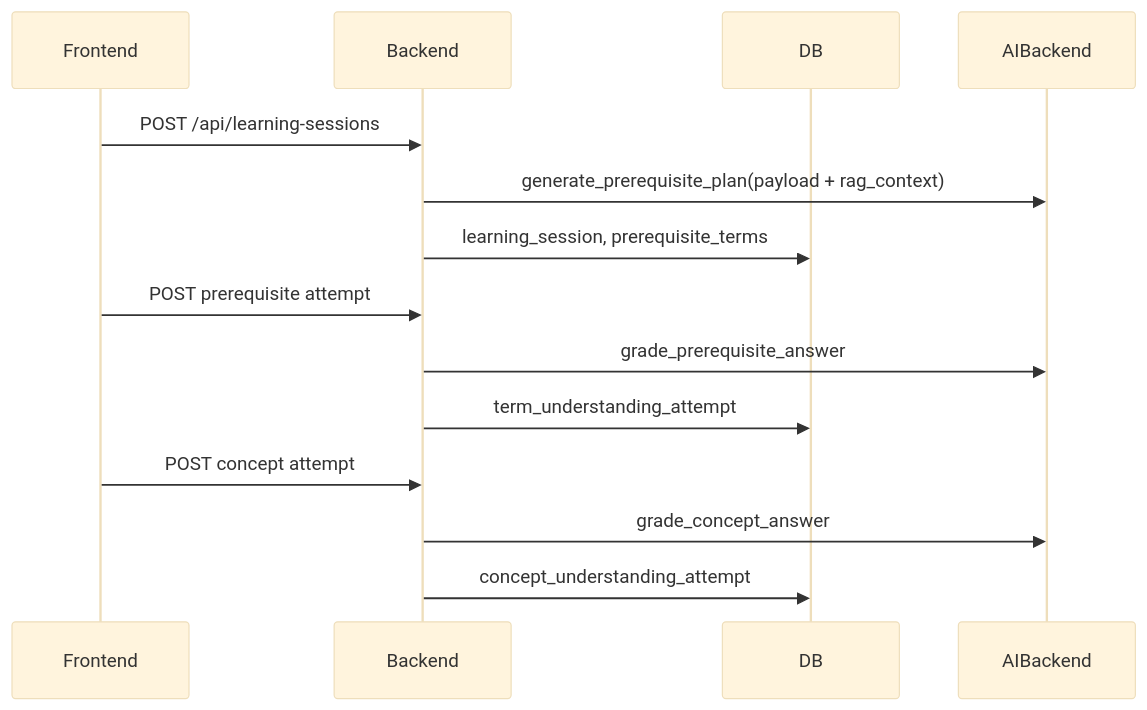
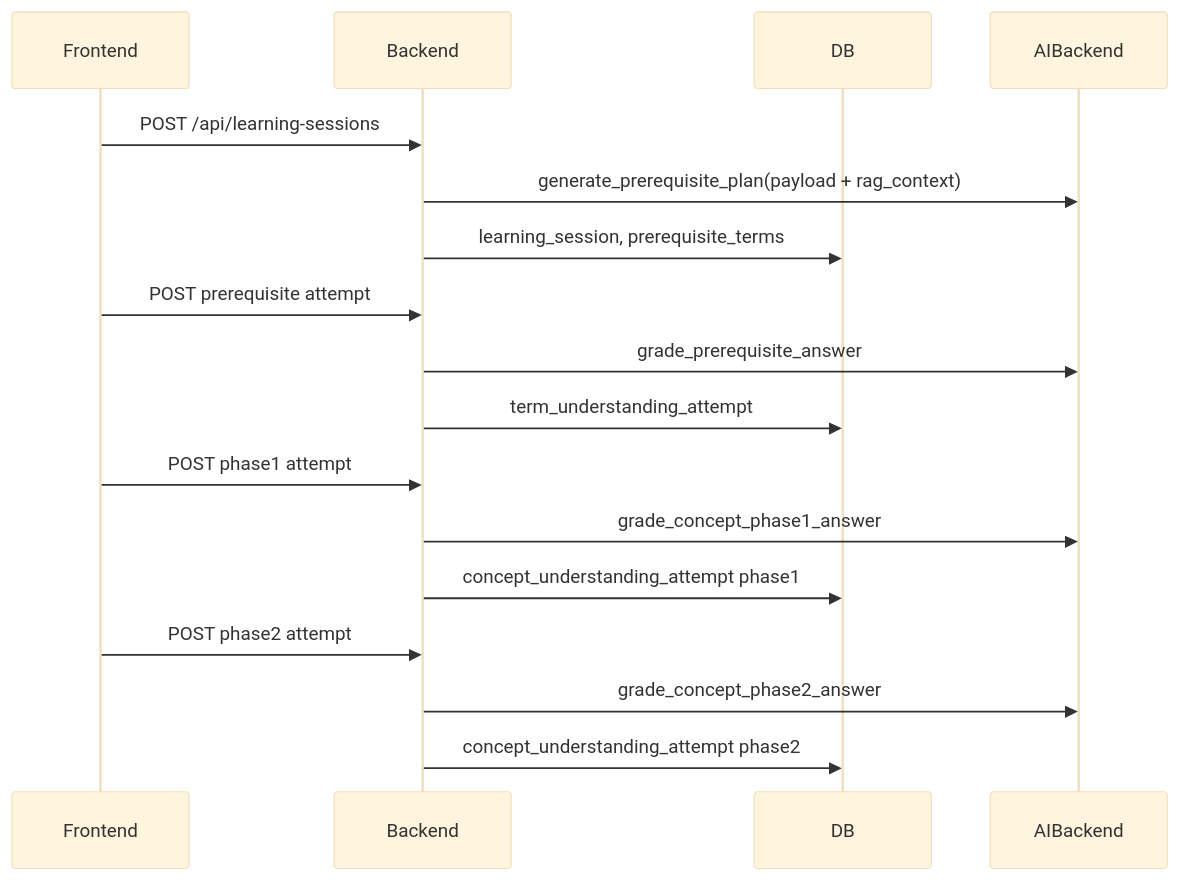
One commit to Hiroki252516/gogainen_bot changed the second of 3 diagrams in docs/05_system_architecture.md. Above: the diagram before and after it, drawn with Mermaid (base theme). The commit also changed other lines of this file and 27 other files, not shown here.

````diff
--- a/docs/05_system_architecture.md
+++ b/docs/05_system_architecture.md
@@ -94,16 +98,19 @@
 ```mermaid
 sequenceDiagram
   participant F as Frontend
   participant B as Backend
   participant DB as DB
   participant AI as AIBackend
   F->>B: POST /api/learning-sessions
   B->>AI: generate_prerequisite_plan(payload + rag_context)
   B->>DB: learning_session, prerequisite_terms
   F->>B: POST prerequisite attempt
   B->>AI: grade_prerequisite_answer
   B->>DB: term_understanding_attempt
-  F->>B: POST concept attempt
-  B->>AI: grade_concept_answer
-  B->>DB: concept_understanding_attempt
+  F->>B: POST phase1 attempt
+  B->>AI: grade_concept_phase1_answer
+  B->>DB: concept_understanding_attempt phase1
+  F->>B: POST phase2 attempt
+  B->>AI: grade_concept_phase2_answer
+  B->>DB: concept_understanding_attempt phase2
 ```
````
